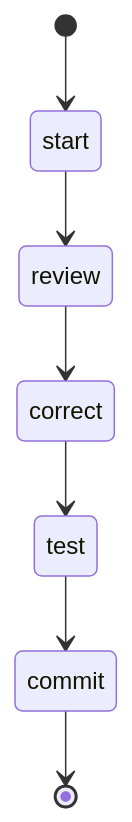
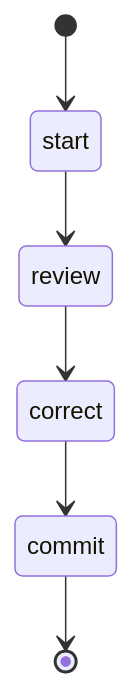
One commit to swissarmyhammer/swissarmyhammer changed the diagram in builtin/workflows/review_issue.md. Above: the diagram before and after it, drawn with Mermaid. The commit also changed other lines of this file and 30 other files, not shown here.

````diff
--- a/builtin/workflows/review_issue.md
+++ b/builtin/workflows/review_issue.md
@@ -10,9 +10,8 @@
 ```mermaid
 stateDiagram-v2
     [*] --> start
     start --> review
     review --> correct
-    correct --> test
-    test --> commit
+    correct --> commit
     commit --> [*]
 ```
````
